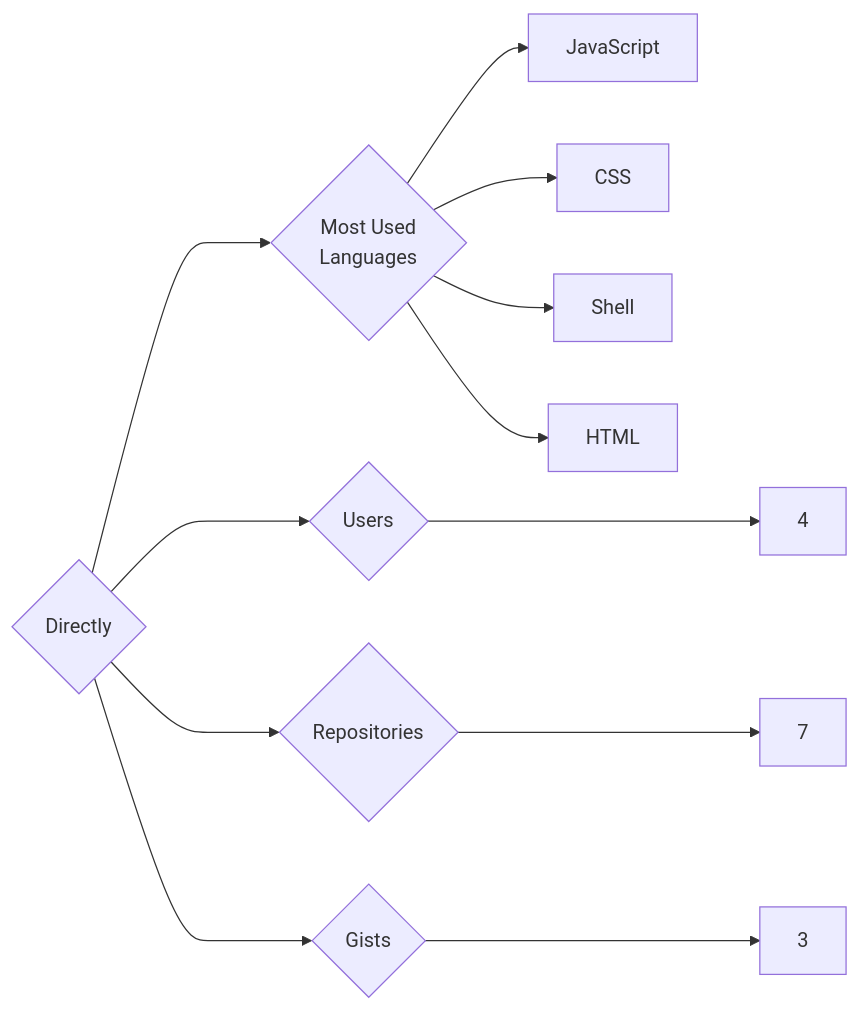
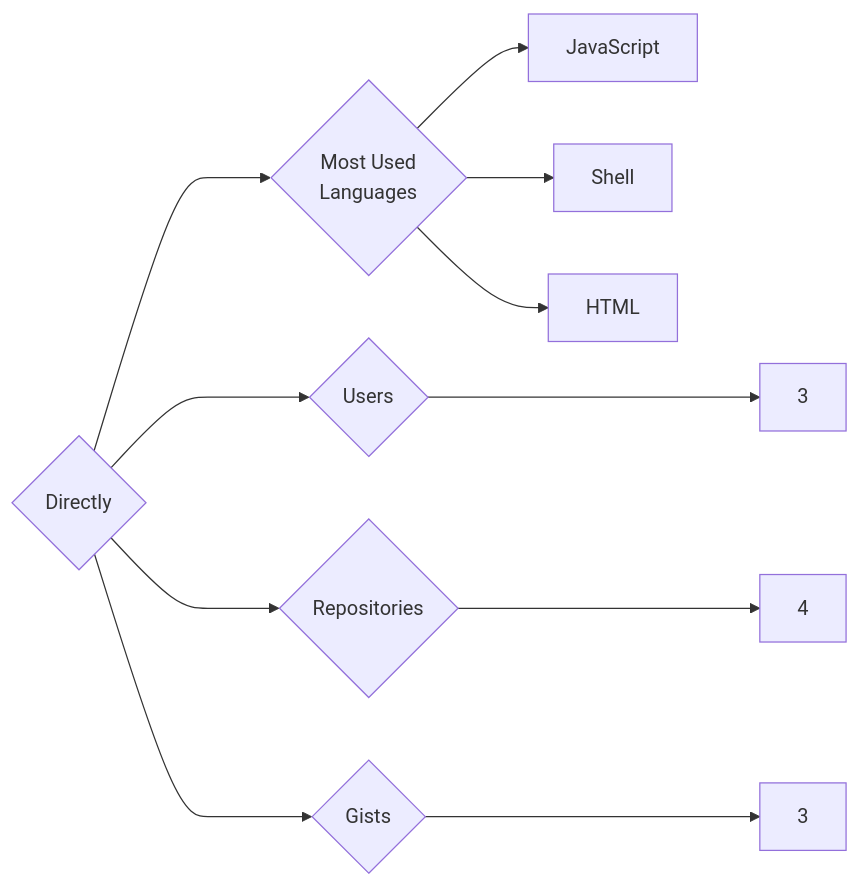
The diagram in targets/Directly/README.md (trickest/insiders), drawn with Mermaid before and after one commit. The commit also changed 873 other files, not shown here.

````diff
--- a/targets/Directly/README.md
+++ b/targets/Directly/README.md
@@ -3,12 +3,11 @@
 ```mermaid
 graph LR
 COMPANY_NAME{Directly}
-COMPANY_NAME ---> U{Users} ---> UN[4]
-COMPANY_NAME ---> R{Repositories} ---> RN[7]
+COMPANY_NAME ---> U{Users} ---> UN[3]
+COMPANY_NAME ---> R{Repositories} ---> RN[4]
 COMPANY_NAME ---> G{Gists} ---> GN[3]
 COMPANY_NAME ---> ML{Most Used<br>Languages}
 ML --> JavaScript[JavaScript]
-ML --> CSS[CSS]
 ML --> Shell[Shell]
 ML --> HTML[HTML]
 ```
````
